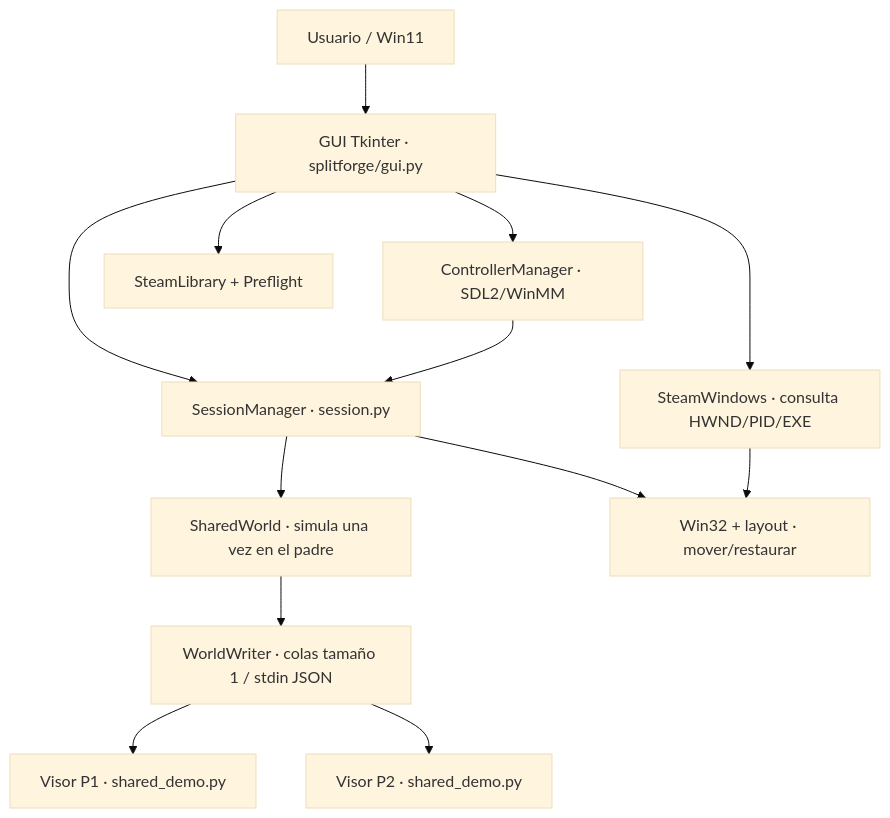
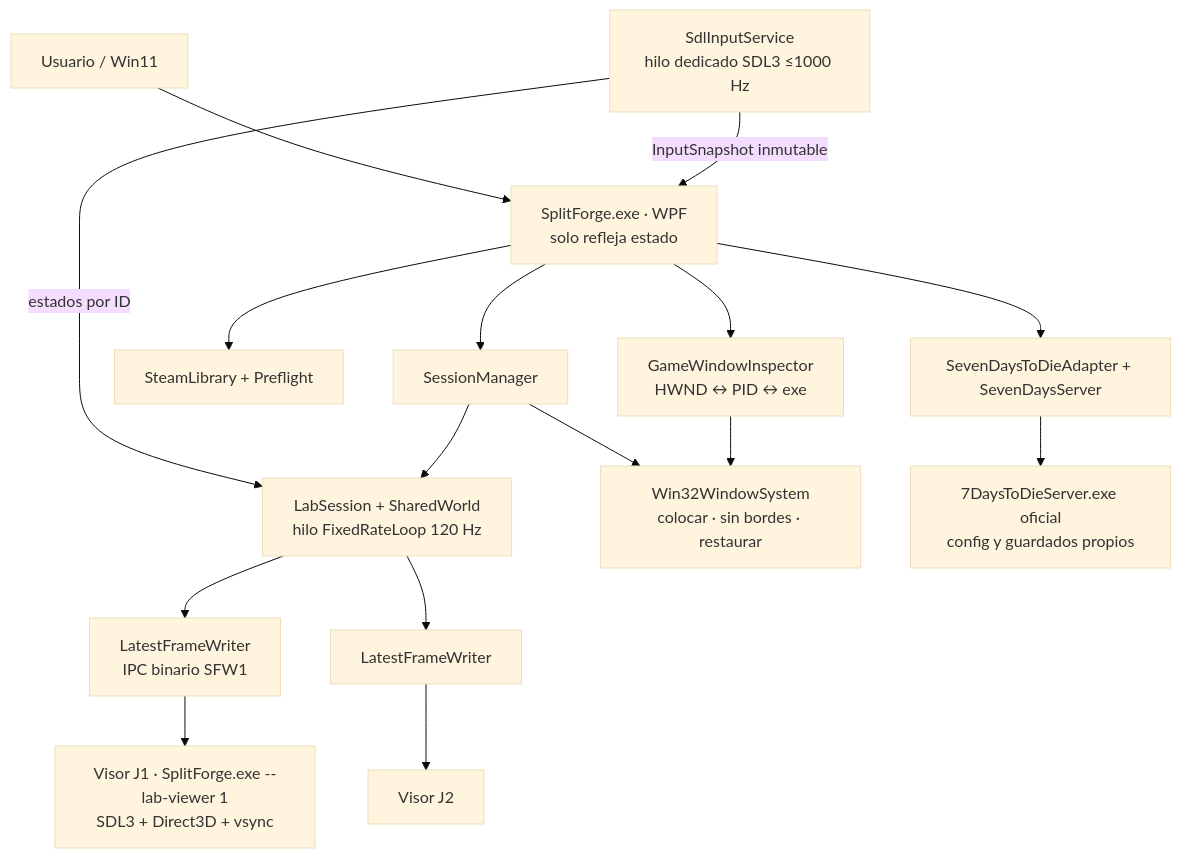
The first of 2 diagrams in docs/02-ARQUITECTURA.md (FaberGomezDev/SplitForge), drawn with Mermaid (base theme) before and after one commit. The commit also changed other lines of this file and 31 other files, not shown here.

````diff
--- a/docs/02-ARQUITECTURA.md
+++ b/docs/02-ARQUITECTURA.md
@@ -7,15 +7,18 @@
 ```mermaid
 flowchart TB
-    USER[Usuario / Win11] --> UI[GUI Tkinter · splitforge/gui.py]
-    UI --> PAD[ControllerManager · SDL2/WinMM]
-    UI --> SESS[SessionManager · session.py]
-    PAD --> SESS
-    SESS --> WORLD[SharedWorld · simula una vez en el padre]
-    WORLD --> PIPE[WorldWriter · colas tamaño 1 / stdin JSON]
-    PIPE --> V1[Visor P1 · shared_demo.py]
-    PIPE --> V2[Visor P2 · shared_demo.py]
-    SESS --> WIN[Win32 + layout · mover/restaurar]
+    USER[Usuario / Win11] --> UI[SplitForge.exe · WPF\nsolo refleja estado]
+    INPUT[SdlInputService\nhilo dedicado SDL3 ≤1000 Hz] -->|InputSnapshot inmutable| UI
+    INPUT -->|estados por ID| LAB
+    UI --> SESS[SessionManager]
+    SESS --> LAB[LabSession + SharedWorld\nhilo FixedRateLoop 120 Hz]
+    LAB --> W1[LatestFrameWriter\nIPC binario SFW1]
+    LAB --> W2[LatestFrameWriter]
+    W1 --> V1[Visor J1 · SplitForge.exe --lab-viewer 1\nSDL3 + Direct3D + vsync]
+    W2 --> V2[Visor J2]
+    SESS --> WIN[Win32WindowSystem\ncolocar · sin bordes · restaurar]
     UI --> STEAM[SteamLibrary + Preflight]
-    UI --> INSPECT[SteamWindows · consulta HWND/PID/EXE]
+    UI --> INSPECT[GameWindowInspector\nHWND ↔ PID ↔ exe]
+    UI --> ADAPT[SevenDaysToDieAdapter + SevenDaysServer]
+    ADAPT --> SRV[7DaysToDieServer.exe oficial\nconfig y guardados propios]
     INSPECT --> WIN
 ```
````
